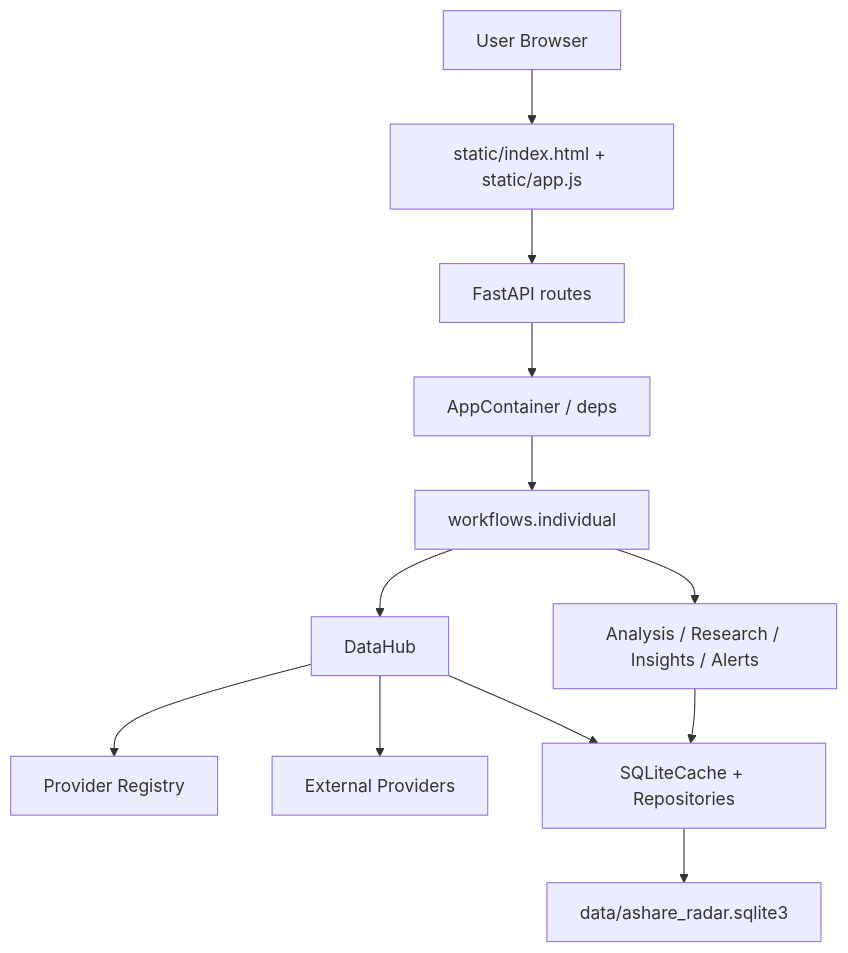
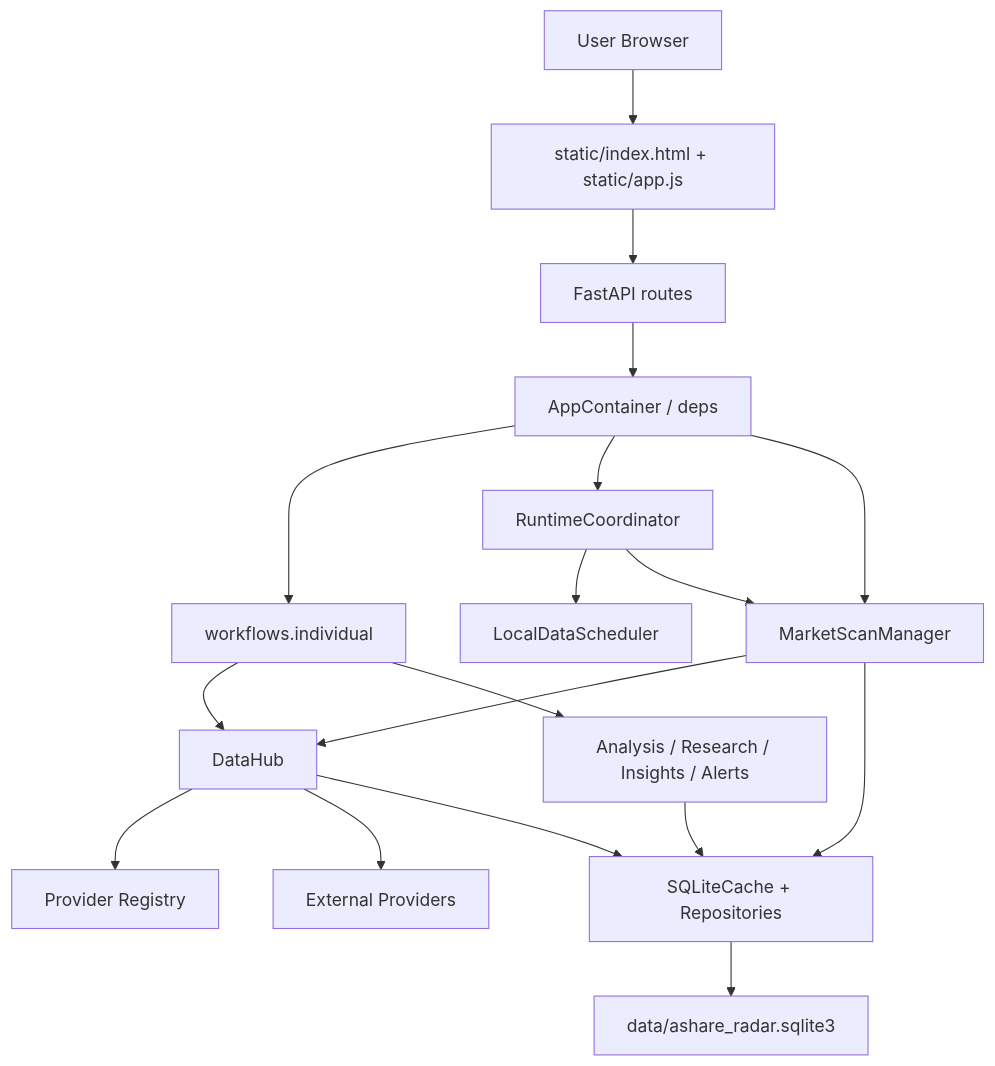
The first of 4 diagrams in docs/DESIGN.md (lizhenlab/AShareRadar), drawn with Mermaid before and after one commit. The commit also changed other lines of this file and 151 other files, not shown here.

Commit message:
feat: harden market scanning and runtime reliability

````diff
--- a/docs/DESIGN.md
+++ b/docs/DESIGN.md
@@ -7,14 +7,20 @@
 ```mermaid
 flowchart TD
   U["User Browser"] --> UI["static/index.html + static/app.js"]
   UI --> API["FastAPI routes"]
   API --> DI["AppContainer / deps"]
   DI --> WF["workflows.individual"]
+  DI --> RC["RuntimeCoordinator"]
+  DI --> MS["MarketScanManager"]
+  RC --> SCH["LocalDataScheduler"]
+  RC --> MS
   WF --> DH["DataHub"]
   WF --> SV["Analysis / Research / Insights / Alerts"]
   DH --> PR["Provider Registry"]
   DH --> EXT["External Providers"]
   DH --> CACHE["SQLiteCache + Repositories"]
+  MS --> DH
+  MS --> CACHE
   SV --> CACHE
   CACHE --> DB["data/ashare_radar.sqlite3"]
 ```
````
